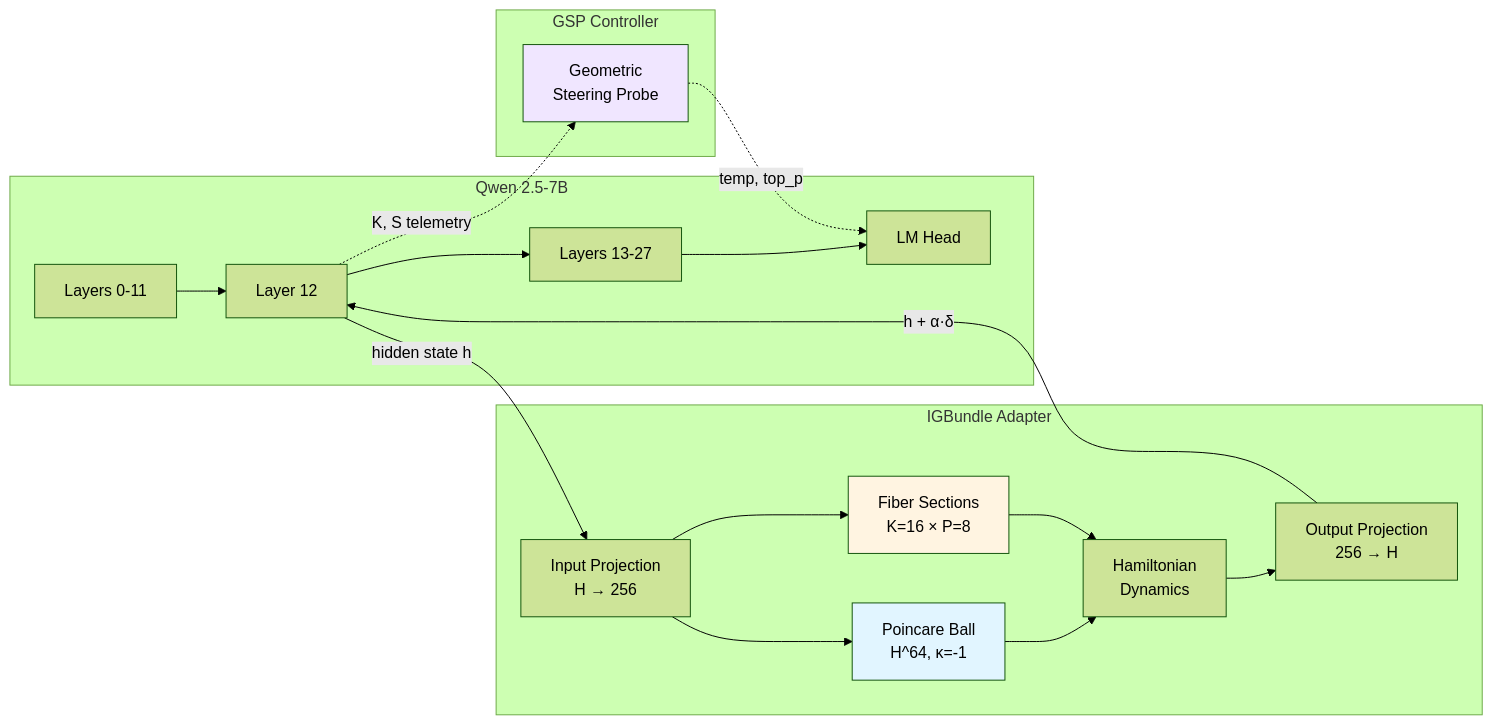
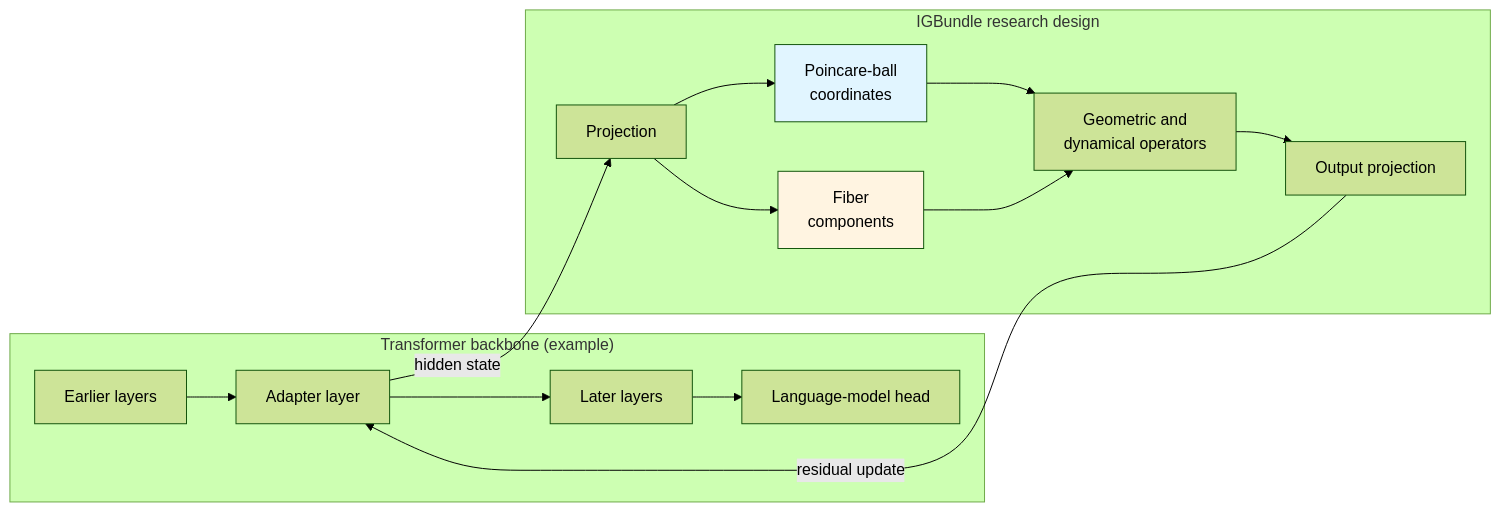
One commit to jesusvilela/IGBundle-LLM changed the diagram in README.md. Above: the diagram before and after it, drawn with Mermaid (forest theme). The commit also changed other lines of this file and 1352 other files, not shown here.

````diff
--- a/README.md
+++ b/README.md
@@ -37,27 +35,21 @@
 ```mermaid
 graph LR
-    subgraph "Qwen 2.5-7B"
-        L0["Layers 0-11"] --> L12["Layer 12"]
-        L12 --> L13["Layers 13-27"]
-        L13 --> Head["LM Head"]
+    subgraph "Transformer backbone (example)"
+        Before["Earlier layers"] --> Adapter["Adapter layer"]
+        Adapter --> After["Later layers"]
+        After --> Head["Language-model head"]
     end
 
-    subgraph "IGBundle Adapter"
-        L12 -->|"hidden state h"| Proj["Input Projection<br/>H → 256"]
-        Proj --> PB["Poincare Ball<br/>H^64, κ=-1"]
-        Proj --> Fib["Fiber Sections<br/>K=16 × P=8"]
-        PB --> Dyn["Hamiltonian<br/>Dynamics"]
+    subgraph "IGBundle research design"
+        Adapter -->|"hidden state"| Proj["Projection"]
+        Proj --> PB["Poincare-ball<br/>coordinates"]
+        Proj --> Fib["Fiber<br/>components"]
+        PB --> Dyn["Geometric and<br/>dynamical operators"]
         Fib --> Dyn
-        Dyn --> Out["Output Projection<br/>256 → H"]
-        Out -->|"h + α·δ"| L12
-    end
-
-    subgraph "GSP Controller"
-        L12 -.->|"K, S telemetry"| GSP["Geometric<br/>Steering Probe"]
-        GSP -.->|"temp, top_p"| Head
+        Dyn --> Out["Output projection"]
+        Out -->|"residual update"| Adapter
     end
 
     style PB fill:#e1f5ff,color:#000
     style Fib fill:#fff4e1,color:#000
-    style GSP fill:#f0e6ff,color:#000
 ```
````
